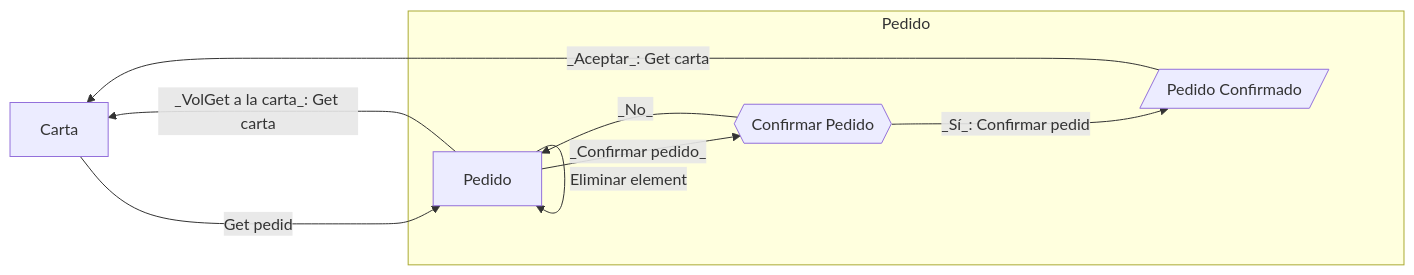
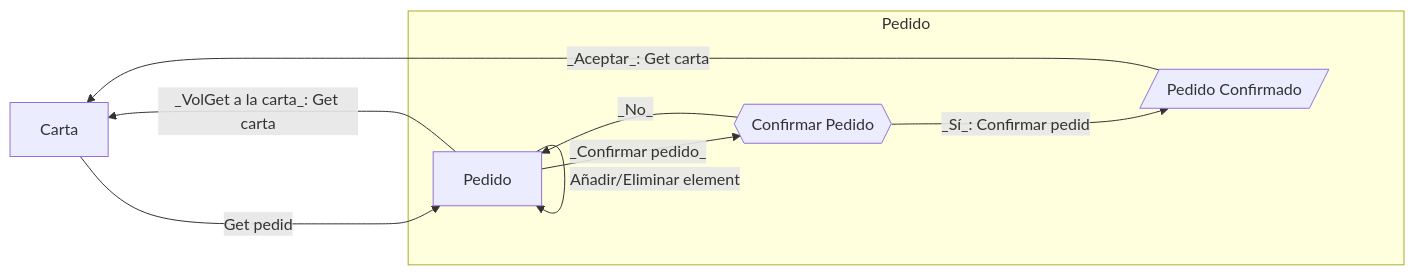
Before and after one commit to pabenito/QRest: the sixth of 10 diagrams in documentacion/requisitos/diagramas_de_flujo.md, drawn with Mermaid. The commit also changed other lines of this file, not shown here.

Commit message:
Diagrama de flujo: Unificar casos de uso Añadir/Eliminar elementos

````diff
--- a/documentacion/requisitos/diagramas_de_flujo.md
+++ b/documentacion/requisitos/diagramas_de_flujo.md
@@ -87,17 +86,16 @@
 ```mermaid
 flowchart LR
     carta[Carta]
     subgraph g_pedido[Pedido]
         confirmar_pedido{{Confirmar Pedido}}
         pedido[Pedido]
         pedido_confirmado[/Pedido Confirmado/]
     end
     carta --Get pedido--> pedido
-    pedido --Añadir elemento--> pedido
-    pedido --Eliminar elemento--> pedido
+    pedido --Añadir/Eliminar elemento--> pedido
     pedido --_VolGet a la carta_: Get carta--> carta
     pedido --_Confirmar pedido_--> confirmar_pedido
     confirmar_pedido --_No_--> pedido
     confirmar_pedido --_Sí_: Confirmar pedido--> pedido_confirmado
     pedido_confirmado --_Aceptar_: Get carta--> carta
 ```
````
